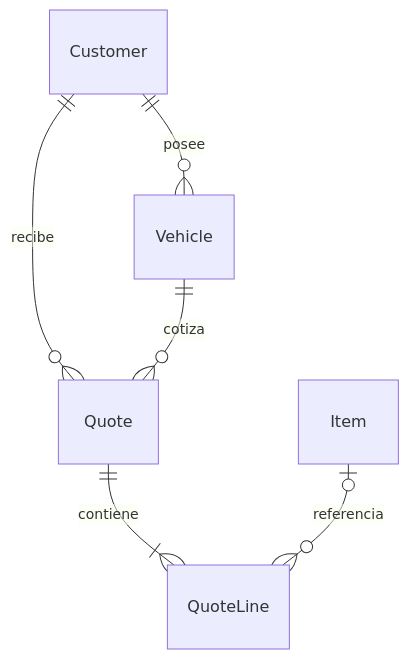
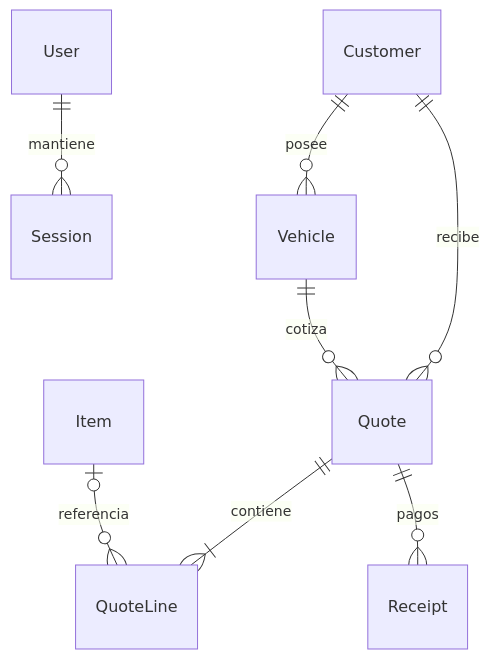
The diagram in README.md (Mako9162/dimension), drawn with Mermaid before and after one commit. The commit also changed other lines of this file and 51 other files, not shown here.

````diff
--- a/README.md
+++ b/README.md
@@ -68,8 +97,10 @@
 ```mermaid
 erDiagram
+    User ||--o{ Session : mantiene
     Customer ||--o{ Vehicle : posee
     Customer ||--o{ Quote : recibe
     Vehicle ||--o{ Quote : cotiza
     Quote ||--|{ QuoteLine : contiene
     Item o|--o{ QuoteLine : referencia
+    Quote ||--o{ Receipt : pagos
 ```
````
